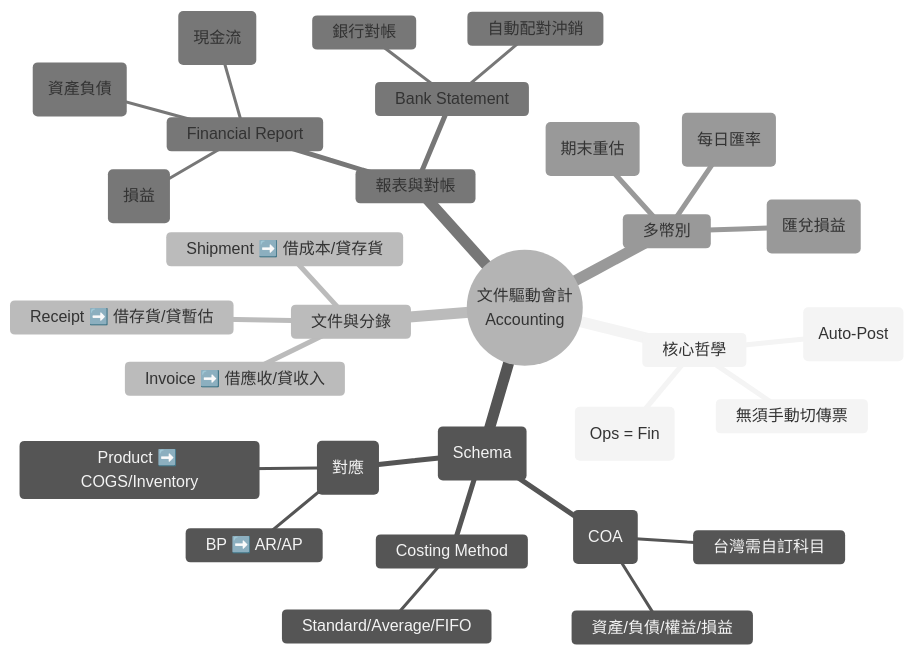
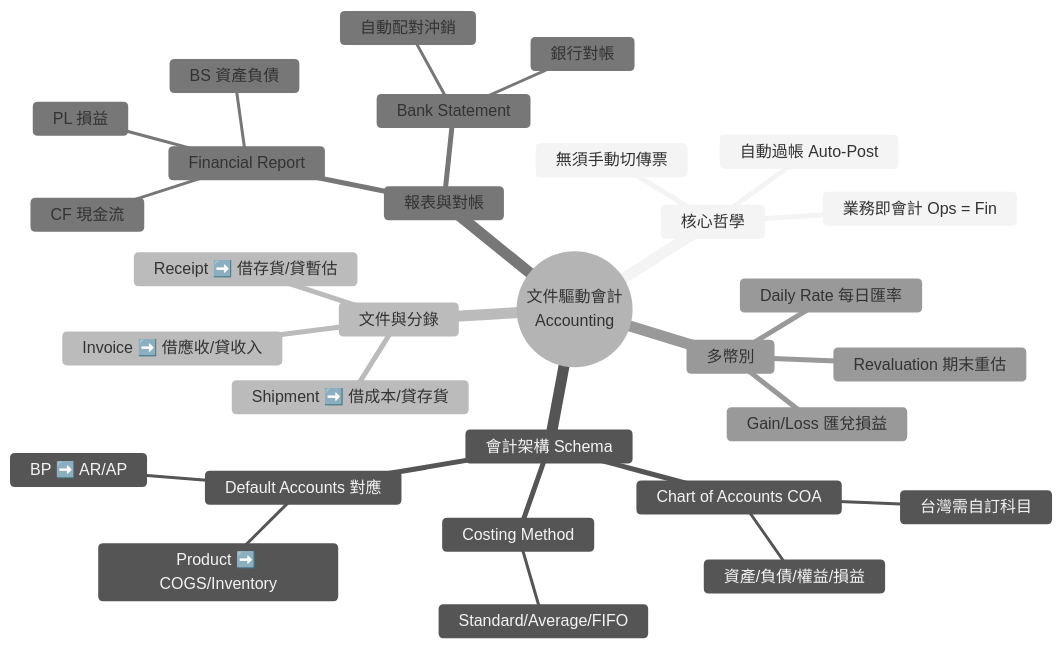
Before and after one commit to nczz/claw_notes: the ninth of 15 diagrams in iDempiere_Notes.md, drawn with Mermaid (neutral theme). The commit also changed other lines of this file, not shown here.

Commit message:
Fix mermaid syntax error: remove parentheses in node text

````diff
--- a/iDempiere_Notes.md
+++ b/iDempiere_Notes.md
@@ -653,33 +653,33 @@
 ```mermaid
 mindmap
   root((文件驅動會計<br/>Accounting))
     核心哲學
-      業務即會計 (Ops = Fin)
-      自動過帳 (Auto-Post)
+      業務即會計 Ops = Fin
+      自動過帳 Auto-Post
       無須手動切傳票
-    會計架構 (Schema)
-      Chart of Accounts (COA)
+    會計架構 Schema
+      Chart of Accounts COA
         台灣需自訂科目
         資產/負債/權益/損益
       Costing Method
         Standard/Average/FIFO
-      Default Accounts (對應)
+      Default Accounts 對應
         Product ➡️ COGS/Inventory
         BP ➡️ AR/AP
     文件與分錄
       Shipment ➡️ 借成本/貸存貨
       Invoice ➡️ 借應收/貸收入
       Receipt ➡️ 借存貨/貸暫估
     報表與對帳
       Financial Report
-        BS (資產負債)
-        PL (損益)
-        CF (現金流)
+        BS 資產負債
+        PL 損益
+        CF 現金流
       Bank Statement
         銀行對帳
         自動配對沖銷
     多幣別
-      Daily Rate (每日匯率)
-      Revaluation (期末重估)
-      Gain/Loss (匯兌損益)
+      Daily Rate 每日匯率
+      Revaluation 期末重估
+      Gain/Loss 匯兌損益
 ```
````
